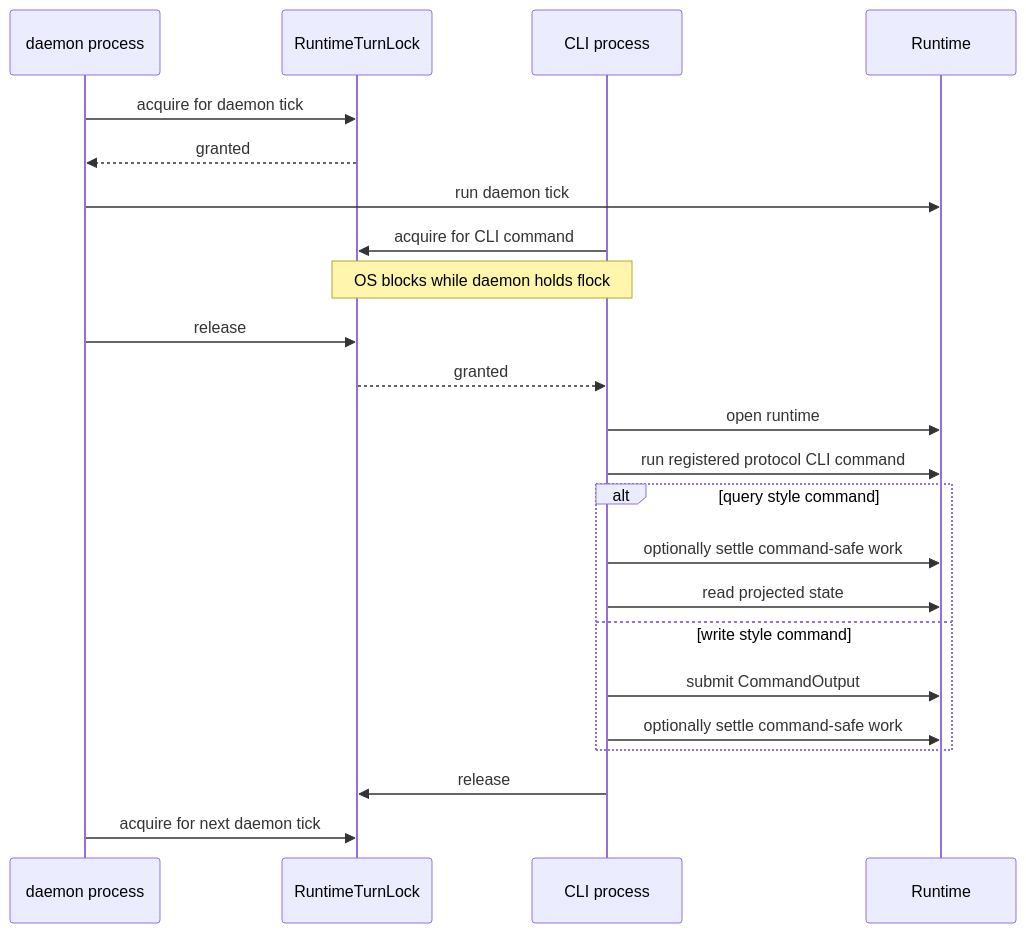
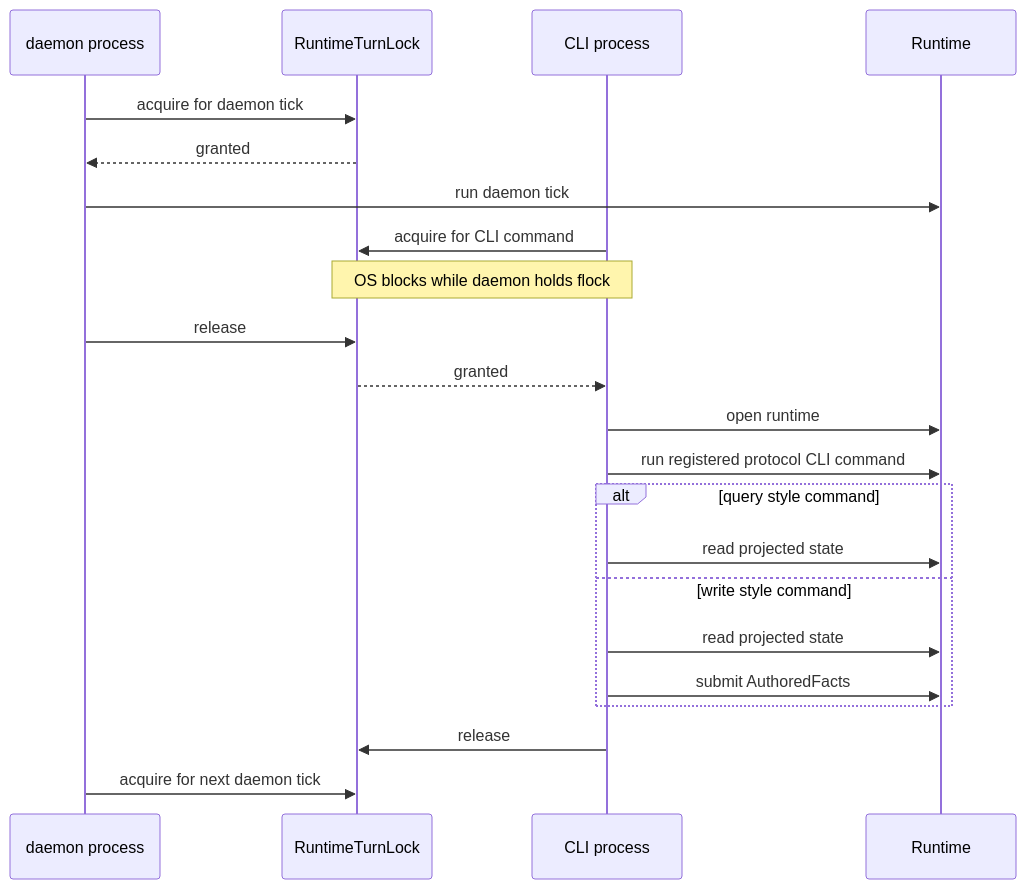
The fourth of 5 diagrams in ARCHITECTURE_DIAGRAMS_ALT.md (holmesworcester/poc-10), drawn with Mermaid before and after one commit. The commit also changed other lines of this file and 119 other files, not shown here.

Commit message:
Simplify runtime command and queue flow

````diff
--- a/ARCHITECTURE_DIAGRAMS_ALT.md
+++ b/ARCHITECTURE_DIAGRAMS_ALT.md
@@ -109,26 +113,25 @@
 ```mermaid
 sequenceDiagram
     participant D as daemon process
     participant L as RuntimeTurnLock
     participant C as CLI process
     participant R as Runtime
 
     D->>L: acquire for daemon tick
     L-->>D: granted
     D->>R: run daemon tick
     C->>L: acquire for CLI command
     Note over C,L: OS blocks while daemon holds flock
     D->>L: release
     L-->>C: granted
     C->>R: open runtime
     C->>R: run registered protocol CLI command
     alt query style command
-        C->>R: optionally settle command-safe work
         C->>R: read projected state
     else write style command
-        C->>R: submit CommandOutput
-        C->>R: optionally settle command-safe work
+        C->>R: read projected state
+        C->>R: submit AuthoredFacts
     end
     C->>L: release
     D->>L: acquire for next daemon tick
 ```
````
